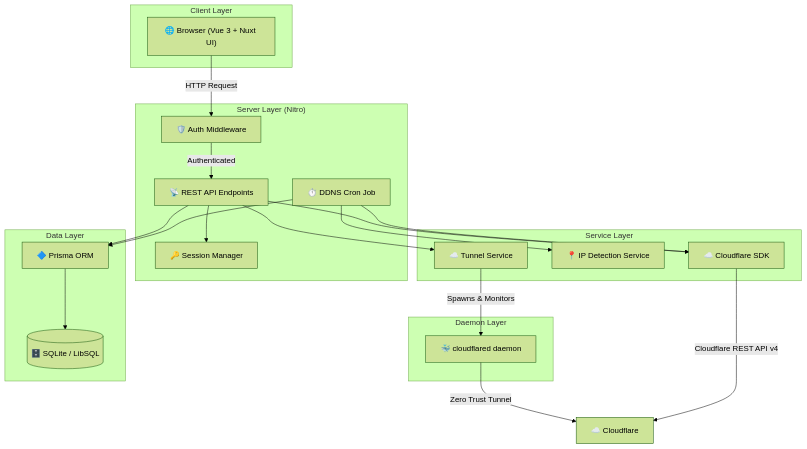
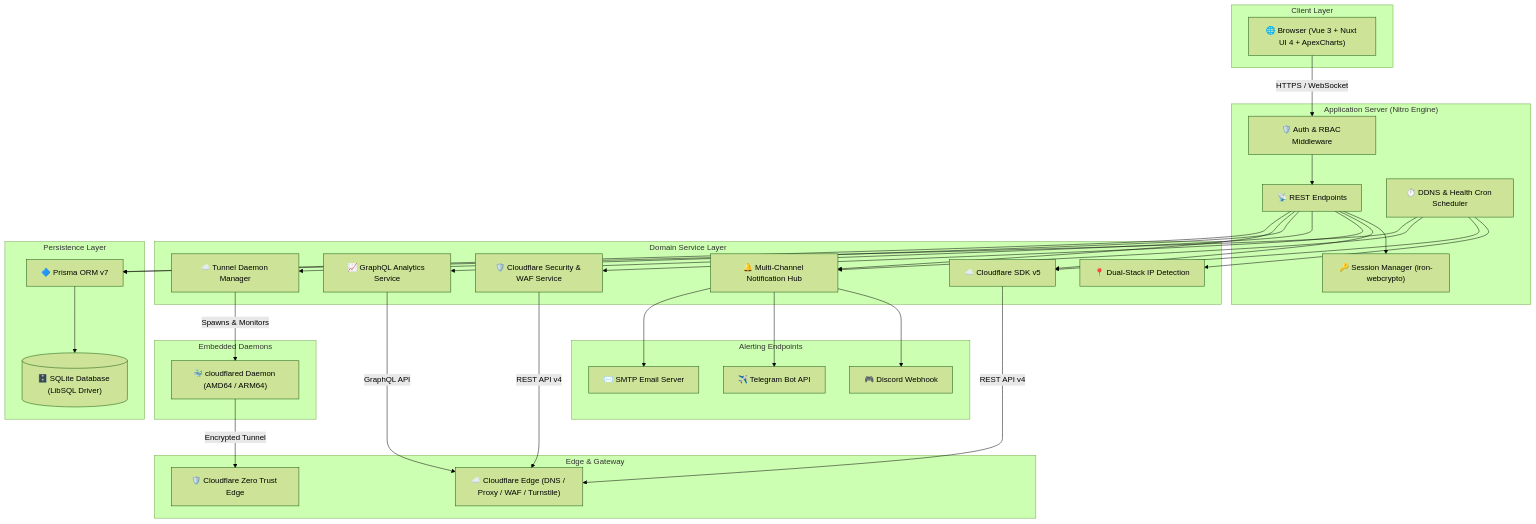
Before and after one commit to riiixch/TetherDNS: the diagram in README.md, drawn with Mermaid (forest theme). The commit also changed other lines of this file and 2 other files, not shown here.

````diff
--- a/README.md
+++ b/README.md
@@ -125,42 +160,70 @@
 ```mermaid
 graph TD
     subgraph "Client Layer"
-        Browser["🌐 Browser (Vue 3 + Nuxt UI)"]
+        Browser["🌐 Browser (Vue 3 + Nuxt UI 4 + ApexCharts)"]
     end
 
-    subgraph "Server Layer (Nitro)"
-        Middleware["🛡️ Auth Middleware"]
-        API["📡 REST API Endpoints"]
-        Session["🔑 Session Manager"]
-        Cron["⏱️ DDNS Cron Job"]
+    subgraph "Edge & Gateway"
+        CFProxy["☁️ Cloudflare Edge (DNS / Proxy / WAF / Turnstile)"]
+        TunnelConn["🛡️ Cloudflare Zero Trust Edge"]
     end
 
-    subgraph "Service Layer"
-        CFService["☁️ Cloudflare SDK"]
-        IPService["📍 IP Detection Service"]
-        TunnelService["☁️ Tunnel Service"]
+    subgraph "Application Server (Nitro Engine)"
+        AuthMw["🛡️ Auth & RBAC Middleware"]
+        API["📡 REST Endpoints"]
+        SessionStore["🔑 Session Manager (iron-webcrypto)"]
+        CronManager["⏱️ DDNS & Health Cron Scheduler"]
     end
 
-    subgraph "Daemon Layer"
-        Cloudflared["🐳 cloudflared daemon"]
+    subgraph "Domain Service Layer"
+        CFClient["☁️ Cloudflare SDK v5"]
+        WAFService["🛡️ Cloudflare Security & WAF Service"]
+        AnalyticsService["📈 GraphQL Analytics Service"]
+        IPService["📍 Dual-Stack IP Detection"]
+        TunnelService["☁️ Tunnel Daemon Manager"]
+        NotifHub["🔔 Multi-Channel Notification Hub"]
     end
 
-    subgraph "Data Layer"
-        Prisma["🔷 Prisma ORM"]
-        SQLite[("🗄️ SQLite / LibSQL")]
+    subgraph "Embedded Daemons"
+        Cloudflared["🐳 cloudflared Daemon (AMD64 / ARM64)"]
     end
 
-    Browser -->|"HTTP Request"| Middleware
-    Middleware -->|"Authenticated"| API
-    API --> Session
-    API --> CFService
+    subgraph "Persistence Layer"
+        PrismaORM["🔷 Prisma ORM v7"]
+        LibSQL[("🗄️ SQLite Database (LibSQL Driver)")]
+    end
+
+    subgraph "Alerting Endpoints"
+        Discord["🎮 Discord Webhook"]
+        Telegram["✈️ Telegram Bot API"]
+        SMTP["✉️ SMTP Email Server"]
+    end
+
+    Browser -->|"HTTPS / WebSocket"| AuthMw
+    AuthMw --> API
+    API --> SessionStore
+    API --> CFClient
+    API --> WAFService
+    API --> AnalyticsService
     API --> TunnelService
-    API --> Prisma
-    Cron --> IPService
-    Cron --> CFService
-    Cron --> Prisma
+    API --> NotifHub
+    API --> PrismaORM
+
+    CronManager --> IPService
+    CronManager --> CFClient
+    CronManager --> NotifHub
+    CronManager --> PrismaORM
+
     TunnelService -->|"Spawns & Monitors"| Cloudflared
-    Cloudflared -->|"Zero Trust Tunnel"| Cloudflare["☁️ Cloudflare"]
-    CFService -->|"Cloudflare REST API v4"| Cloudflare
-    Prisma --> SQLite
+    Cloudflared -->|"Encrypted Tunnel"| TunnelConn
+
+    WAFService -->|"REST API v4"| CFProxy
+    AnalyticsService -->|"GraphQL API"| CFProxy
+    CFClient -->|"REST API v4"| CFProxy
+
+    NotifHub --> Discord
+    NotifHub --> Telegram
+    NotifHub --> SMTP
+
+    PrismaORM --> LibSQL
 ```
````
